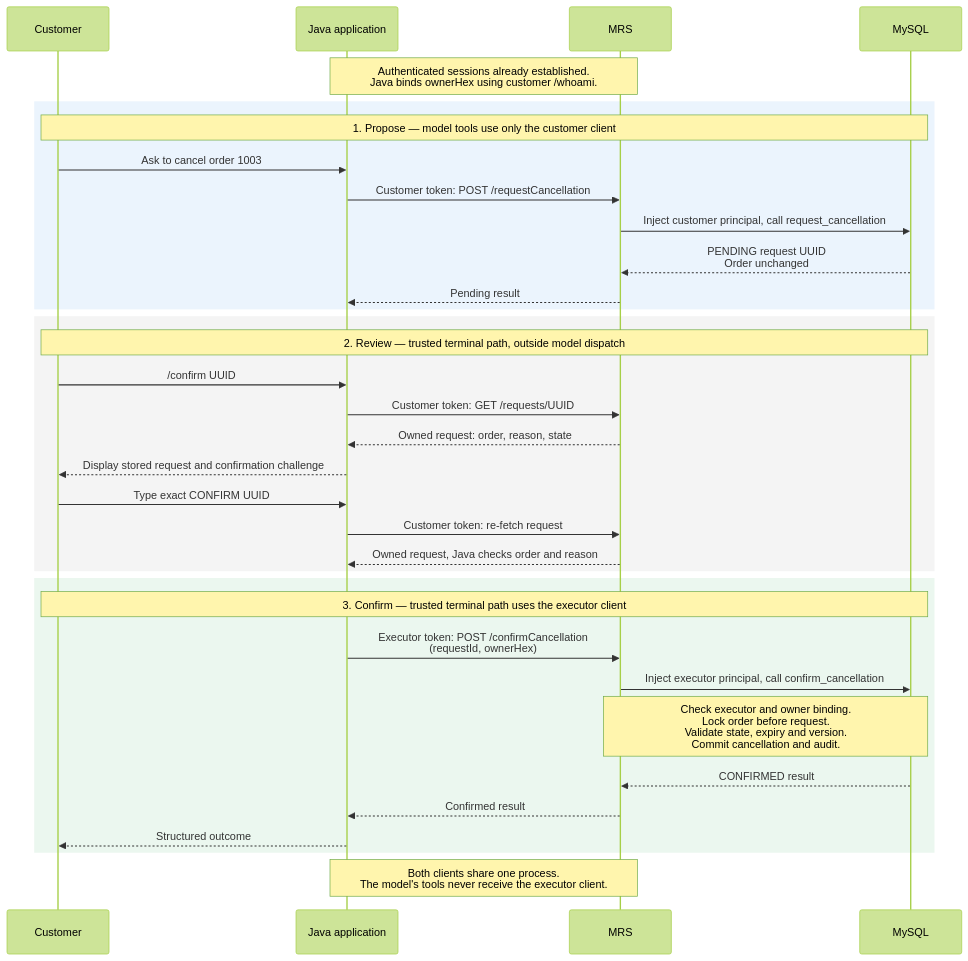
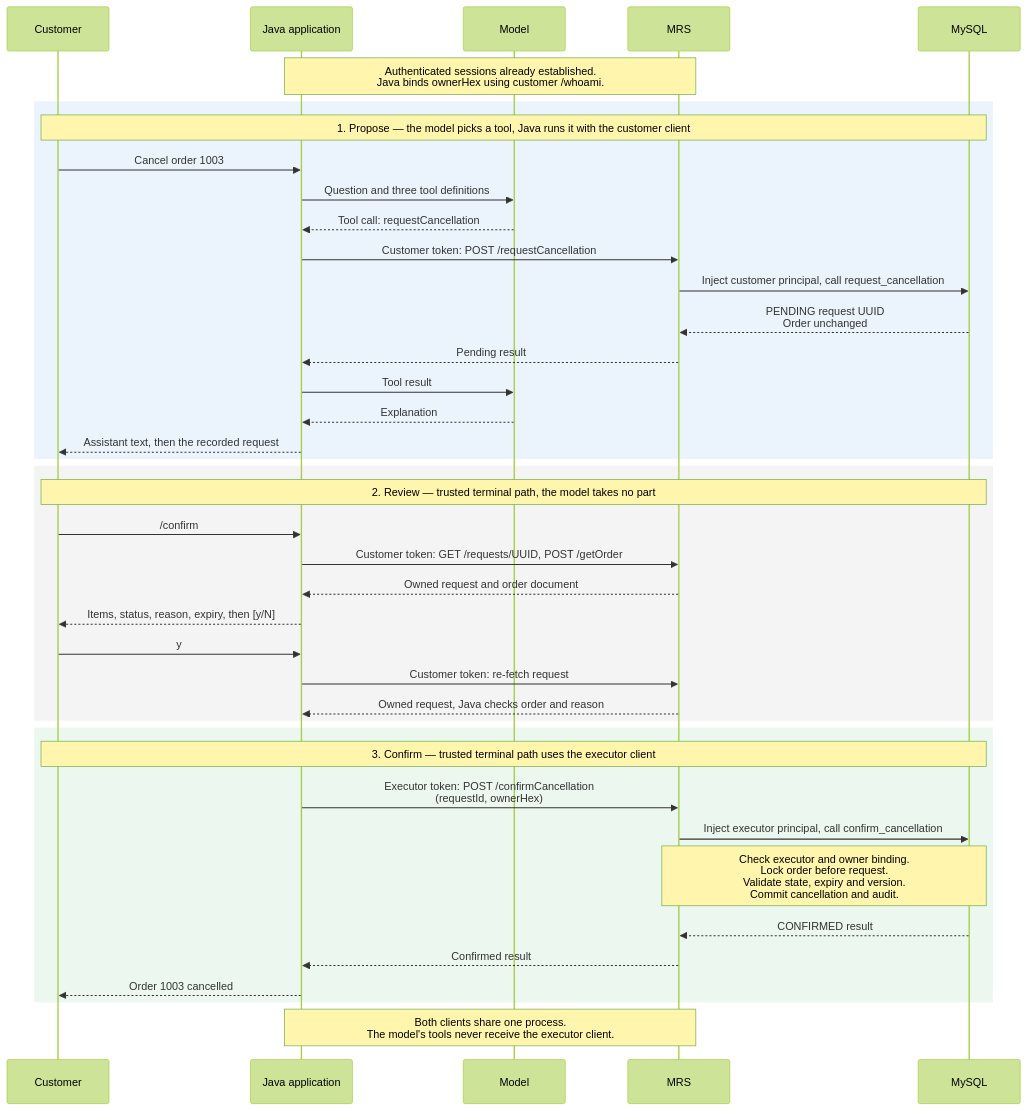
Before and after one commit to rokon12/order-duality: the diagram in docs/mrs-cancellation-sequence.mmd, drawn with Mermaid (forest theme). The commit also changed 6 other files, not shown here.

```diff
--- a/docs/mrs-cancellation-sequence.mmd
+++ b/docs/mrs-cancellation-sequence.mmd
@@ -1,34 +1,40 @@
 sequenceDiagram
     participant C as Customer
     participant J as Java application
+    participant M as Model
     participant R as MRS
     participant D as MySQL
     Note over J,R: Authenticated sessions already established.<br/>Java binds ownerHex using customer /whoami.
     rect rgb(235, 244, 253)
-        Note over C,D: 1. Propose — model tools use only the customer client
-        C->>J: Ask to cancel order 1003
+        Note over C,D: 1. Propose — the model picks a tool, Java runs it with the customer client
+        C->>J: Cancel order 1003
+        J->>M: Question and three tool definitions
+        M-->>J: Tool call: requestCancellation
         J->>R: Customer token: POST /requestCancellation
         R->>D: Inject customer principal, call request_cancellation
         D-->>R: PENDING request UUID<br/>Order unchanged
         R-->>J: Pending result
+        J->>M: Tool result
+        M-->>J: Explanation
+        J-->>C: Assistant text, then the recorded request
     end
     rect rgb(244, 244, 244)
-        Note over C,D: 2. Review — trusted terminal path, outside model dispatch
-        C->>J: /confirm UUID
-        J->>R: Customer token: GET /requests/UUID
-        R-->>J: Owned request: order, reason, state
-        J-->>C: Display stored request and confirmation challenge
-        C->>J: Type exact CONFIRM UUID
+        Note over C,D: 2. Review — trusted terminal path, the model takes no part
+        C->>J: /confirm
+        J->>R: Customer token: GET /requests/UUID, POST /getOrder
+        R-->>J: Owned request and order document
+        J-->>C: Items, status, reason, expiry, then [y/N]
+        C->>J: y
         J->>R: Customer token: re-fetch request
         R-->>J: Owned request, Java checks order and reason
     end
     rect rgb(235, 247, 239)
         Note over C,D: 3. Confirm — trusted terminal path uses the executor client
         J->>R: Executor token: POST /confirmCancellation<br/>(requestId, ownerHex)
         R->>D: Inject executor principal, call confirm_cancellation
         Note over R,D: Check executor and owner binding.<br/>Lock order before request.<br/>Validate state, expiry and version.<br/>Commit cancellation and audit.
         D-->>R: CONFIRMED result
         R-->>J: Confirmed result
-        J-->>C: Structured outcome
+        J-->>C: Order 1003 cancelled
     end
     Note over J,R: Both clients share one process.<br/>The model's tools never receive the executor client.
```
